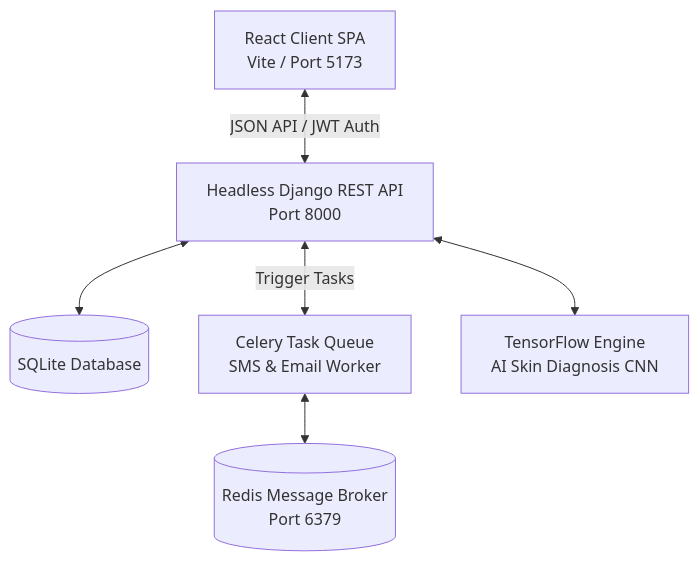
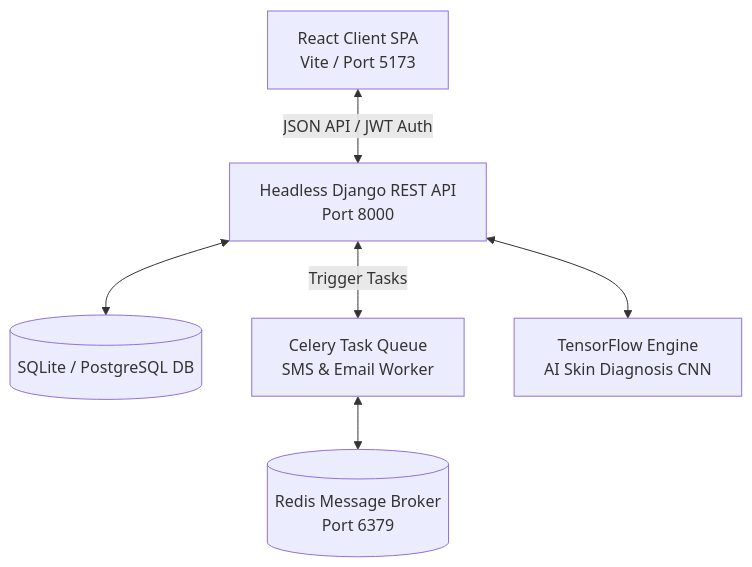
Before and after one commit to Anandyadav04/MediTrack: the diagram in README.md, drawn with Mermaid. The commit also changed other lines of this file, not shown here.

Commit message:
Update README with live Production Deployment section and architecture details

````diff
--- a/README.md
+++ b/README.md
@@ -9,8 +12,8 @@
 ```mermaid
 graph TD
     Client[React Client SPA<br/>Vite / Port 5173] <-->|JSON API / JWT Auth| Backend[Headless Django REST API<br/>Port 8000]
-    Backend <--> DB[(SQLite Database)]
+    Backend <--> DB[(SQLite / PostgreSQL DB)]
     Backend <-->|Trigger Tasks| Celery[Celery Task Queue<br/>SMS & Email Worker]
     Celery <--> Redis[(Redis Message Broker<br/>Port 6379)]
     Backend <--> TF[TensorFlow Engine<br/>AI Skin Diagnosis CNN]
 ```
````
